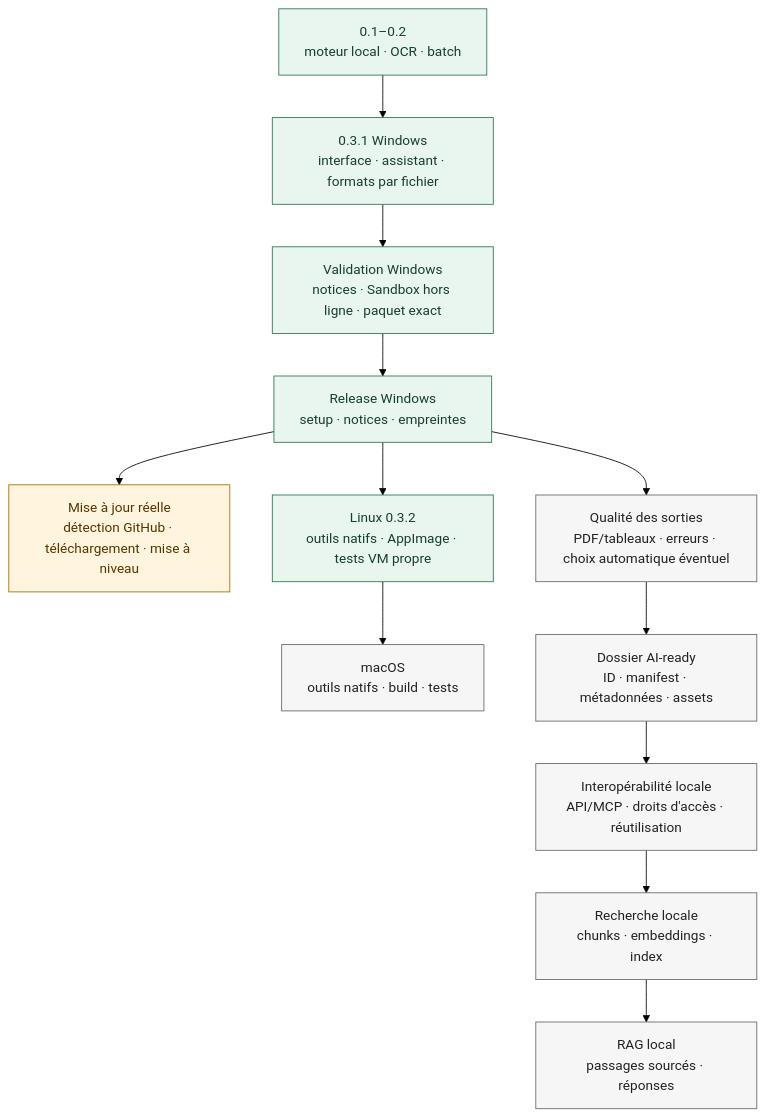
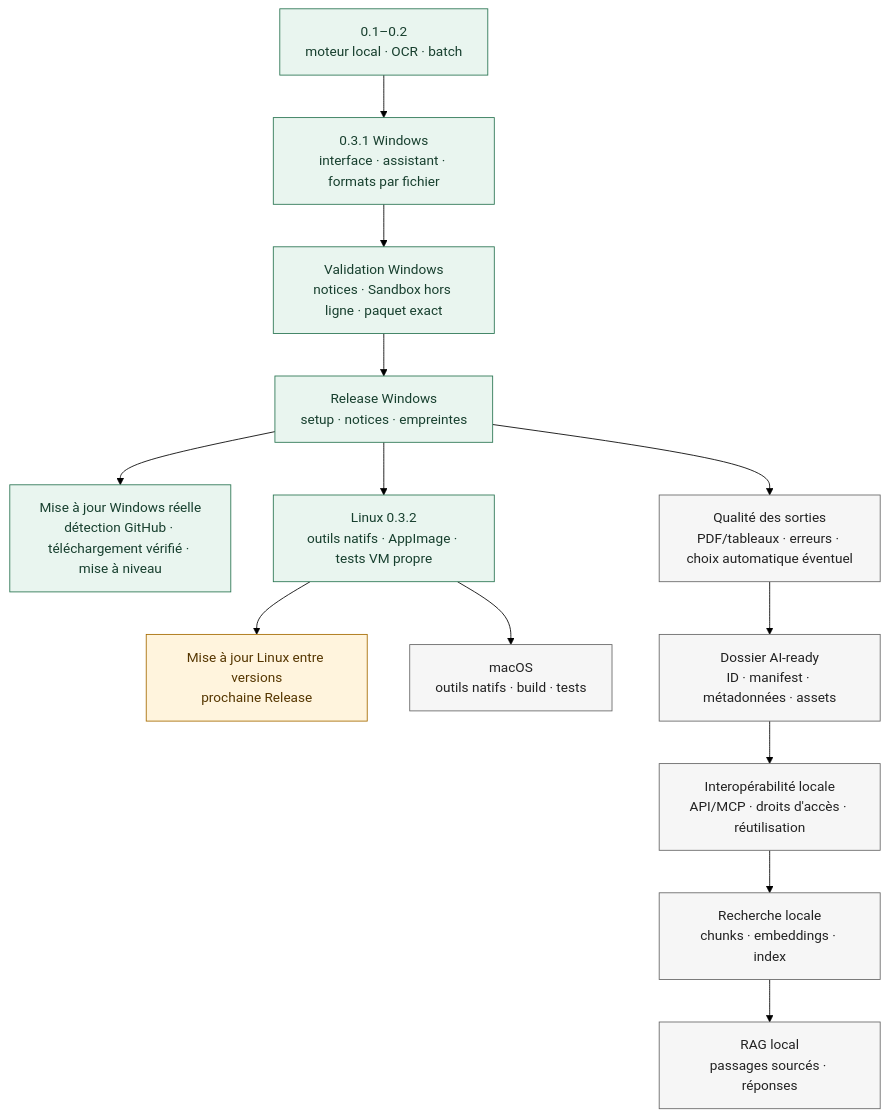
The diagram in docs/ROADMAP.md (ergocogn/local-ai-ready-converter-releases), drawn with Mermaid (forest theme) before and after one commit. The commit also changed other lines of this file and 1 other file, not shown here.

Commit message:
Clarify completed update validation

````diff
--- a/docs/ROADMAP.md
+++ b/docs/ROADMAP.md
@@ -7,20 +7,21 @@
 ```mermaid
 flowchart TB
   A["0.1–0.2<br/>moteur local · OCR · batch"] --> B["0.3.1 Windows<br/>interface · assistant · formats par fichier"]
   B --> C["Validation Windows<br/>notices · Sandbox hors ligne · paquet exact"]
   C --> D["Release Windows<br/>setup · notices · empreintes"]
-  D --> U["Mise à jour réelle<br/>détection GitHub · téléchargement · mise à niveau"]
+  D --> U["Mise à jour Windows réelle<br/>détection GitHub · téléchargement vérifié · mise à niveau"]
 
-  D --> L["Linux 0.3.2<br/>outils natifs · AppImage · tests VM propre"] --> M["macOS<br/>outils natifs · build · tests"]
+  D --> L["Linux 0.3.2<br/>outils natifs · AppImage · tests VM propre"] --> UL["Mise à jour Linux entre versions<br/>prochaine Release"]
+  L --> M["macOS<br/>outils natifs · build · tests"]
   D --> Q["Qualité des sorties<br/>PDF/tableaux · erreurs · choix automatique éventuel"]
   Q --> F["Dossier AI-ready<br/>ID · manifest · métadonnées · assets"]
   F --> P["Interopérabilité locale<br/>API/MCP · droits d'accès · réutilisation"]
   P --> K["Recherche locale<br/>chunks · embeddings · index"] --> R["RAG local<br/>passages sourcés · réponses"]
 
   classDef fait fill:#e9f5ef,stroke:#287451,color:#173f2e
   classDef enCours fill:#fff4dd,stroke:#a56b00,color:#553600
   classDef futur fill:#f6f6f6,stroke:#666,color:#222
-  class A,B,C,D,L fait
-  class U enCours
+  class A,B,C,D,U,L fait
+  class UL enCours
   class M,Q,F,P,K,R futur
 ```
````
